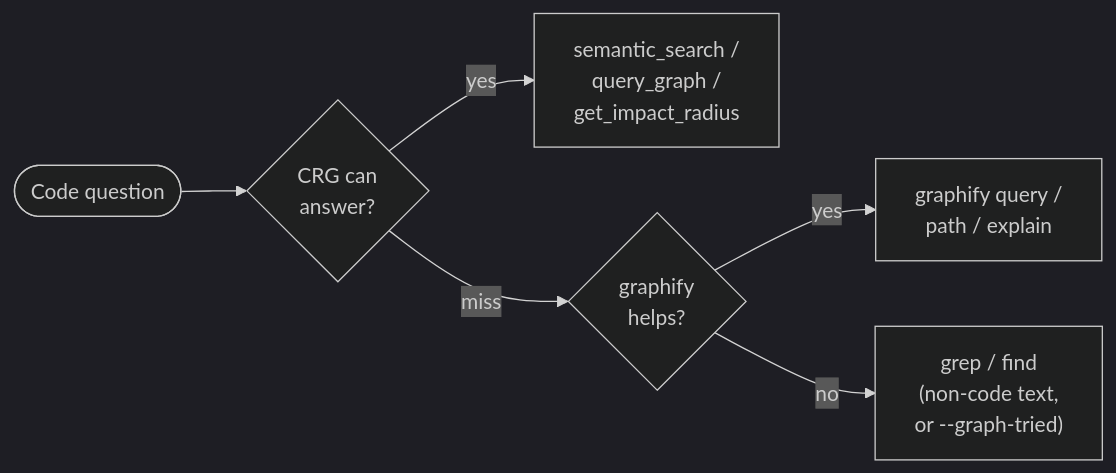
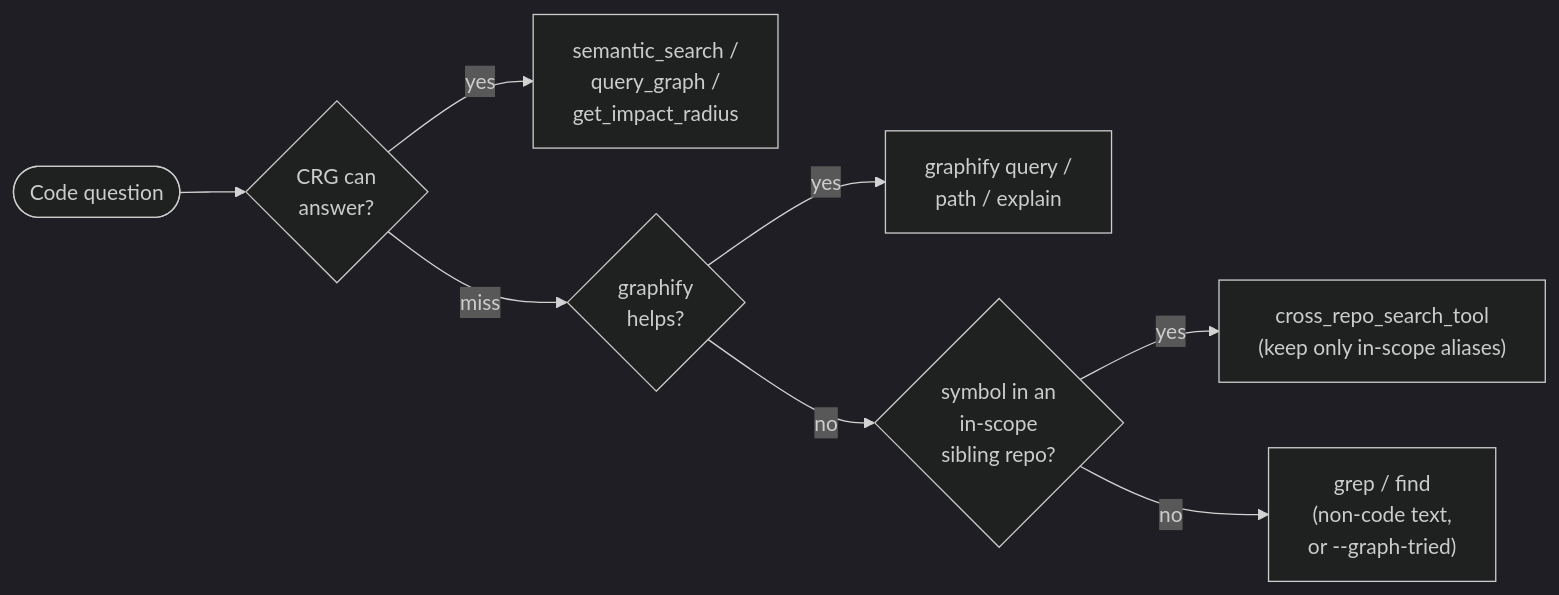
The second of 8 diagrams in docs/graph-tools-during-development.md (xyzxyz442/x442-skills), drawn with Mermaid (dark theme) before and after one commit. The commit also changed other lines of this file and 1 other file, not shown here.

First line of the commit message:
docs(docs): document the sibling tier in the grep-steer ladder

````diff
--- a/docs/graph-tools-during-development.md
+++ b/docs/graph-tools-during-development.md
@@ -95,8 +104,10 @@
 ```mermaid
 flowchart LR
     start([Code question]) --> crg{CRG can<br/>answer?}
     crg -->|yes| A["semantic_search /<br/>query_graph /<br/>get_impact_radius"]
     crg -->|miss| gfy{graphify<br/>helps?}
     gfy -->|yes| B["graphify query /<br/>path / explain"]
-    gfy -->|no| grep["grep / find<br/>(non-code text,<br/>or --graph-tried)"]
+    gfy -->|no| xr{"symbol in an<br/>in-scope<br/>sibling repo?"}
+    xr -->|yes| C["cross_repo_search_tool<br/>(keep only in-scope aliases)"]
+    xr -->|no| grep["grep / find<br/>(non-code text,<br/>or --graph-tried)"]
 ```
````
